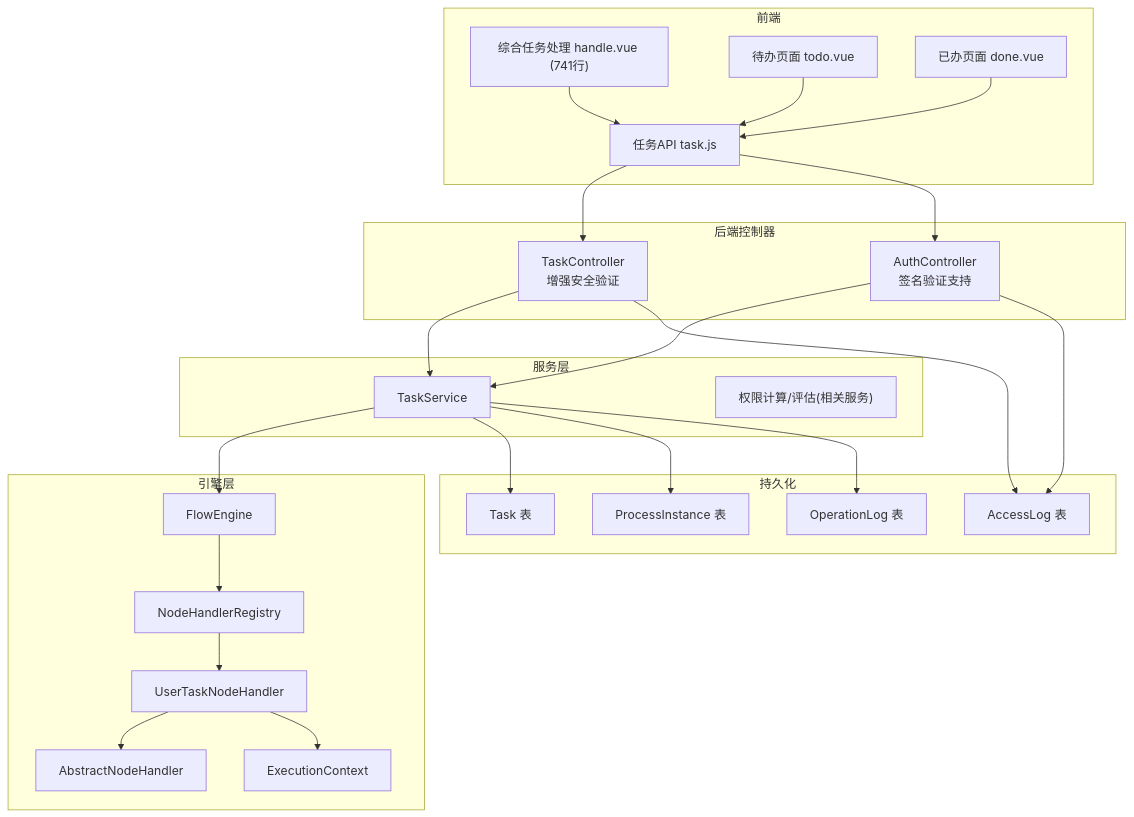
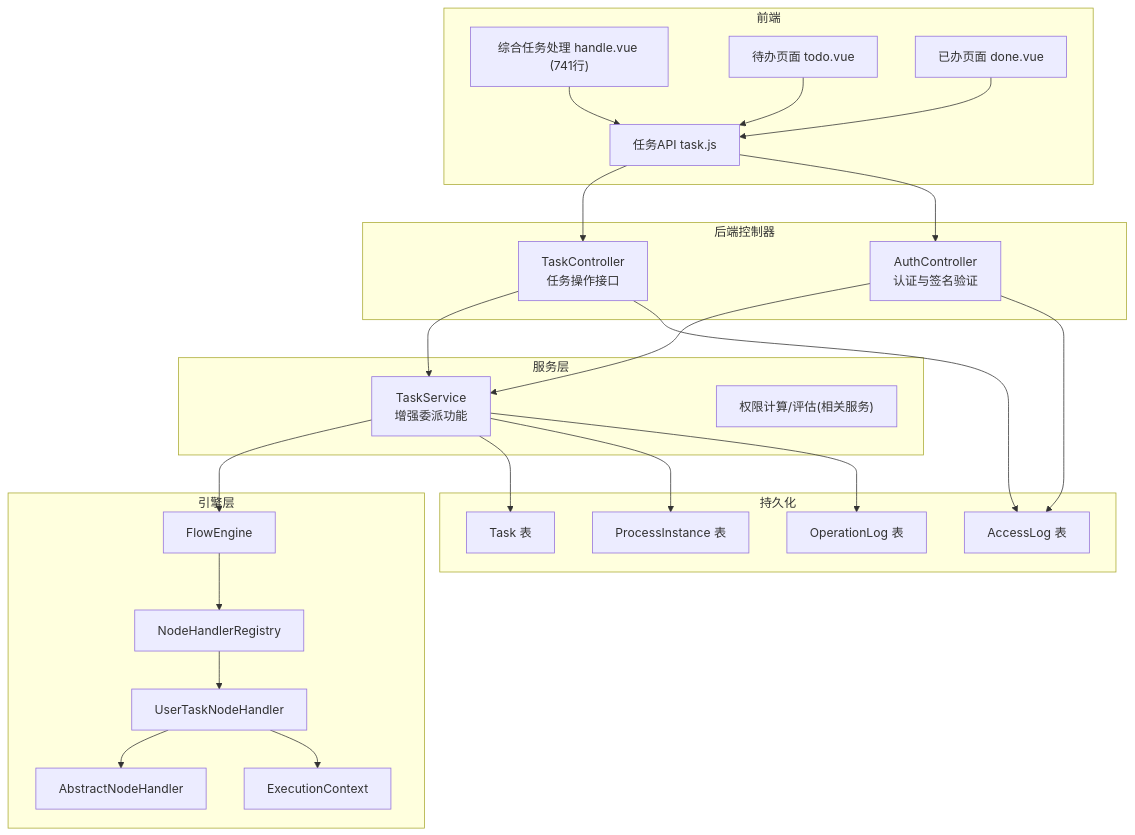
The first of 11 diagrams in .qoder/repowiki/zh/content/任务管理/任务操作处理/任务操作处理.md (liming-lihaini/workflow), drawn with Mermaid before and after one commit. The commit also changed other lines of this file and 27 other files, not shown here.

````diff
--- a/.qoder/repowiki/zh/content/任务管理/任务操作处理/任务操作处理.md
+++ b/.qoder/repowiki/zh/content/任务管理/任务操作处理/任务操作处理.md
@@ -74,47 +73,47 @@
 ```mermaid
 graph TB
 subgraph "前端"
 FE_Handle["综合任务处理 handle.vue (741行)"]
 FE_Todo["待办页面 todo.vue"]
 FE_Done["已办页面 done.vue"]
 FE_TaskApi["任务API task.js"]
 end
 subgraph "后端控制器"
-C_Task["TaskController<br/>增强安全验证"]
-C_Auth["AuthController<br/>签名验证支持"]
+C_Task["TaskController<br/>任务操作接口"]
+C_Auth["AuthController<br/>认证与签名验证"]
 end
 subgraph "服务层"
-S_Task["TaskService"]
+S_Task["TaskService<br/>增强委派功能"]
 S_Permission["权限计算/评估(相关服务)"]
 end
 subgraph "引擎层"
 E_Flow["FlowEngine"]
 R_Node["NodeHandlerRegistry"]
 H_User["UserTaskNodeHandler"]
 H_Abstract["AbstractNodeHandler"]
 Ctx["ExecutionContext"]
 end
 subgraph "持久化"
 DB_Task["Task 表"]
 DB_Instance["ProcessInstance 表"]
 DB_OpLog["OperationLog 表"]
 DB_Access["AccessLog 表"]
 end
 FE_Handle --> FE_TaskApi
 FE_Todo --> FE_TaskApi
 FE_Done --> FE_TaskApi
 FE_TaskApi --> C_Task
 FE_TaskApi --> C_Auth
 C_Task --> S_Task
 C_Auth --> S_Task
 S_Task --> E_Flow
 E_Flow --> R_Node
 R_Node --> H_User
 H_User --> H_Abstract
 H_User --> Ctx
 S_Task --> DB_Task
 S_Task --> DB_Instance
 S_Task --> DB_OpLog
 C_Task --> DB_Access
 C_Auth --> DB_Access
 ```
````
